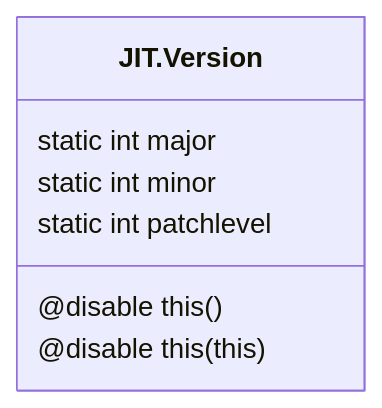
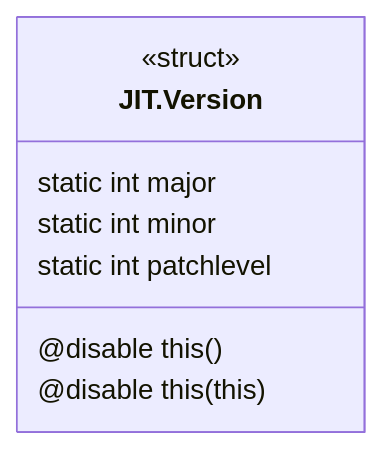
The second of 2 diagrams in docs/2.3-version-querying.md (ibuclaw/gccjitd), drawn with Mermaid before and after one commit. The commit also changed other lines of this file and 5 other files, not shown here.

````diff
--- a/docs/2.3-version-querying.md
+++ b/docs/2.3-version-querying.md
@@ -49,8 +49,11 @@
 ```mermaid
 classDiagram
-    JIT.Version: static int major
-    JIT.Version: static int minor
-    JIT.Version: static int patchlevel
-    JIT.Version: @disable this()
-    JIT.Version: @disable this(this)
+    class JIT.Version {
+        <<struct>>
+        static int major
+        static int minor
+        static int patchlevel
+        @disable this()
+        @disable this(this)
+    }
 ```
````
